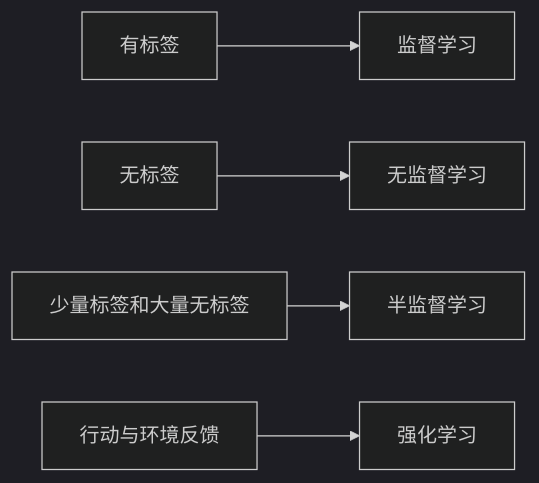
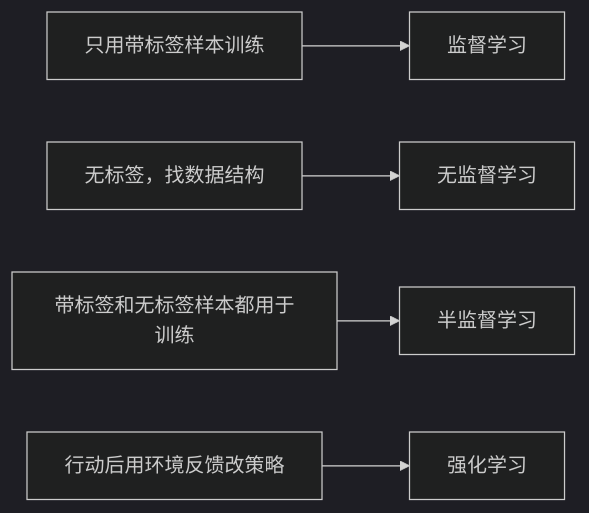
The eighth of 8 diagrams in AC6761_Artificial_Intelligence_Accounting/notes/M08-AI基础与会计技术.md (CercaTrovato/cityu-ai-course-notes), drawn with Mermaid (dark theme) before and after one commit. The commit also changed other lines of this file and 2300 other files, not shown here.

First line of the commit message:
完善五课程逐页学习笔记、课件原图与修补规范

````diff
--- a/AC6761_Artificial_Intelligence_Accounting/notes/M08-AI基础与会计技术.md
+++ b/AC6761_Artificial_Intelligence_Accounting/notes/M08-AI基础与会计技术.md
@@ -1067,7 +1326,7 @@
 ```mermaid
 flowchart LR
- A[有标签] --> B[监督学习]
- C[无标签] --> D[无监督学习]
- E[少量标签和大量无标签] --> F[半监督学习]
- G[行动与环境反馈] --> H[强化学习]
+ A[只用带标签样本训练] --> B[监督学习]
+ C[无标签，找数据结构] --> D[无监督学习]
+ E[带标签和无标签样本都用于训练] --> F[半监督学习]
+ G[行动后用环境反馈改策略] --> H[强化学习]
 ```
````
